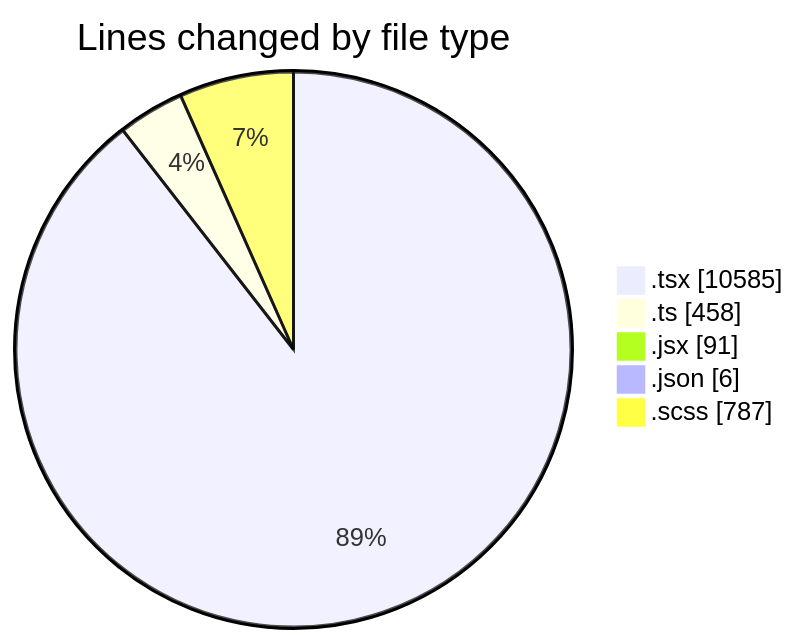
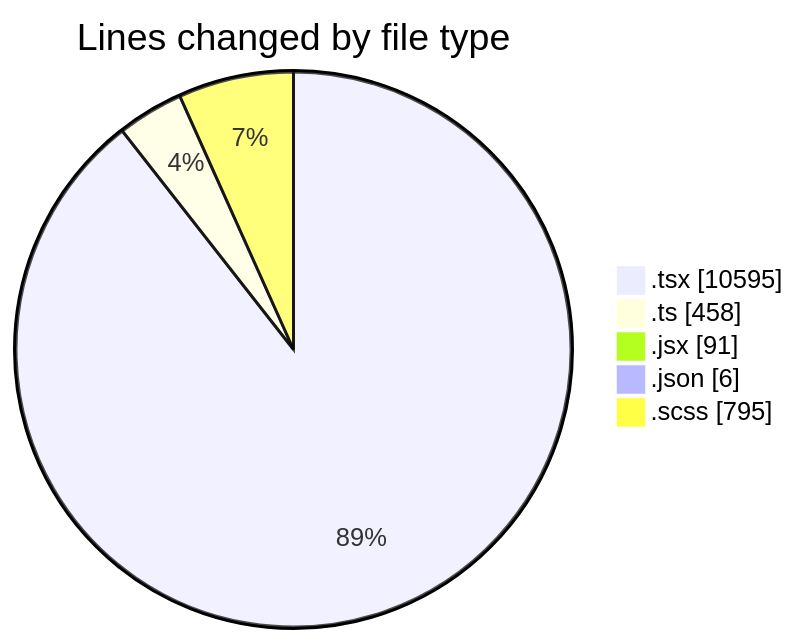
The first of 2 diagrams in 2026-04-27/cda/README.md (momahboobian/code-tracking), drawn with Mermaid before and after one commit. The commit also changed other lines of this file and 1 other file, not shown here.

````diff
--- a/2026-04-27/cda/README.md
+++ b/2026-04-27/cda/README.md
@@ -57,9 +57,9 @@
 ```mermaid
 pie showData
 title Lines changed by file type
-".tsx" : 10585
+".tsx" : 10595
 ".ts" : 458
 ".jsx" : 91
 ".json" : 6
-".scss" : 787
+".scss" : 795
 ```
````
